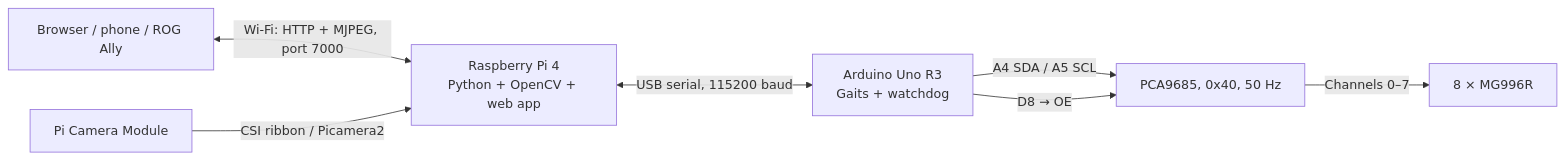
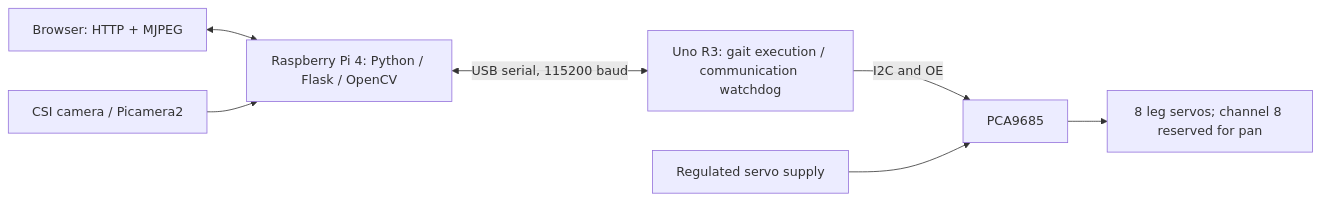
Before and after one commit to diyan07-ctrl/Quadruped107: the diagram in README.md, drawn with Mermaid. The commit also changed other lines of this file and 96 other files, not shown here.

First line of the commit message:
refactor: establish Phase 0 repository and architecture

````diff
--- a/README.md
+++ b/README.md
@@ -7,9 +9,9 @@
 ```mermaid
 flowchart LR
-    Browser["Browser / phone / ROG Ally"] <-->|"Wi-Fi: HTTP + MJPEG, port 7000"| Pi["Raspberry Pi 4\nPython + OpenCV + web app"]
-    Cam["Pi Camera Module"] -->|"CSI ribbon / Picamera2"| Pi
-    Pi <-->|"USB serial, 115200 baud"| Uno["Arduino Uno R3\nGaits + watchdog"]
-    Uno -->|"A4 SDA / A5 SCL"| PWM["PCA9685, 0x40, 50 Hz"]
-    Uno -->|"D8 → OE"| PWM
-    PWM -->|"Channels 0–7"| Servos["8 × MG996R"]
+    Browser["Browser: HTTP + MJPEG"] <--> Pi["Raspberry Pi 4: Python / Flask / OpenCV"]
+    Camera["CSI camera / Picamera2"] --> Pi
+    Pi <-->|USB serial, 115200 baud| Uno["Uno R3: gait execution / communication watchdog"]
+    Uno -->|I2C and OE| PWM["PCA9685"]
+    Supply["Regulated servo supply"] --> PWM
+    PWM --> Servos["8 leg servos; channel 8 reserved for pan"]
 ```
````
